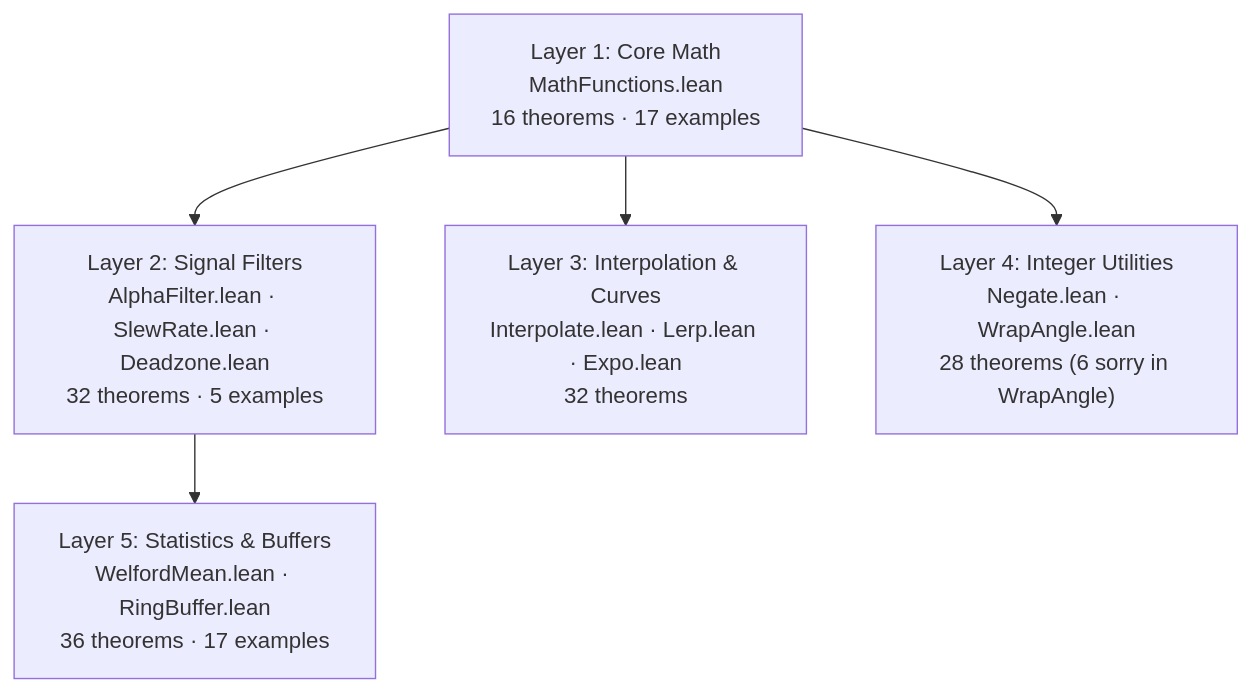
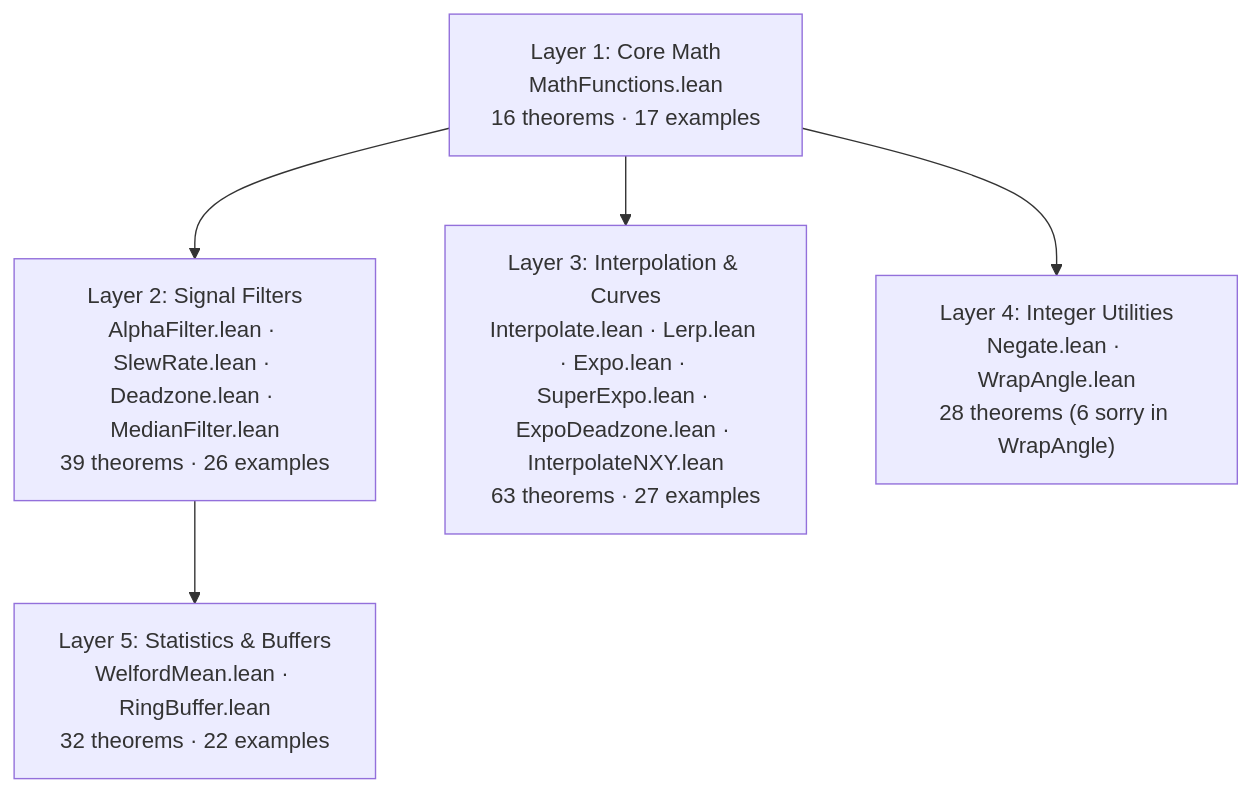
Before and after one commit to dsyme/PX4-Autopilot: the first of 11 diagrams in formal-verification/REPORT.md, drawn with Mermaid. The commit also changed other lines of this file and 3 other files, not shown here.

First line of the commit message:
feat(fv): add ExpoDeadzone Lean spec + update REPORT.md (run34)

````diff
--- a/formal-verification/REPORT.md
+++ b/formal-verification/REPORT.md
@@ -31,12 +31,12 @@
 ```mermaid
 graph TD
     L1["Layer 1: Core Math<br/>MathFunctions.lean<br/>16 theorems · 17 examples"]
-    L2a["Layer 2: Signal Filters<br/>AlphaFilter.lean · SlewRate.lean · Deadzone.lean<br/>32 theorems · 5 examples"]
-    L2b["Layer 3: Interpolation & Curves<br/>Interpolate.lean · Lerp.lean · Expo.lean<br/>32 theorems"]
+    L2a["Layer 2: Signal Filters<br/>AlphaFilter.lean · SlewRate.lean · Deadzone.lean · MedianFilter.lean<br/>39 theorems · 26 examples"]
+    L2b["Layer 3: Interpolation & Curves<br/>Interpolate.lean · Lerp.lean · Expo.lean · SuperExpo.lean · ExpoDeadzone.lean · InterpolateNXY.lean<br/>63 theorems · 27 examples"]
     L4["Layer 4: Integer Utilities<br/>Negate.lean · WrapAngle.lean<br/>28 theorems (6 sorry in WrapAngle)"]
-    L5["Layer 5: Statistics & Buffers<br/>WelfordMean.lean · RingBuffer.lean<br/>36 theorems · 17 examples"]
+    L5["Layer 5: Statistics & Buffers<br/>WelfordMean.lean · RingBuffer.lean<br/>32 theorems · 22 examples"]
     L1 --> L2a
     L1 --> L2b
     L1 --> L4
     L2a --> L5
 ```
````
